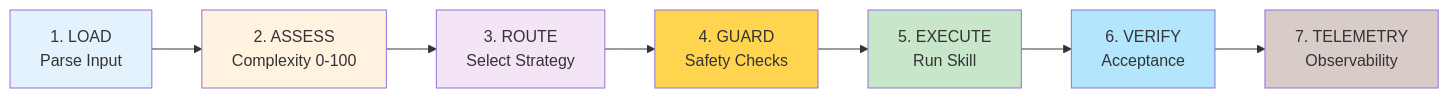
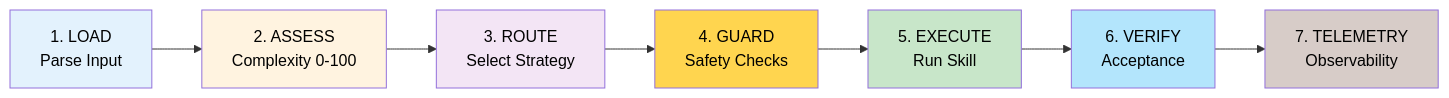
One commit to adolfoaranaes12/BMAD-ENHANCED changed the third of 8 diagrams in docs/USER-GUIDE.md. Above: the diagram before and after it, drawn with Mermaid. The commit also changed other lines of this file and 11 other files, not shown here.

````diff
--- a/docs/USER-GUIDE.md
+++ b/docs/USER-GUIDE.md
@@ -289,17 +289,17 @@
 ```mermaid
 graph LR
     A[1. LOAD<br/>Parse Input] --> B[2. ASSESS<br/>Complexity 0-100]
     B --> C[3. ROUTE<br/>Select Strategy]
     C --> D[4. GUARD<br/>Safety Checks]
     D --> E[5. EXECUTE<br/>Run Skill]
     E --> F[6. VERIFY<br/>Acceptance]
     F --> G[7. TELEMETRY<br/>Observability]
 
-    style A fill:#e3f2fd
-    style B fill:#fff3e0
-    style C fill:#f3e5f5
-    style D fill:#ffd54f
-    style E fill:#c8e6c9
-    style F fill:#b3e5fc
-    style G fill:#d7ccc8
+    style A fill:#e3f2fd,color:#000
+    style B fill:#fff3e0,color:#000
+    style C fill:#f3e5f5,color:#000
+    style D fill:#ffd54f,color:#000
+    style E fill:#c8e6c9,color:#000
+    style F fill:#b3e5fc,color:#000
+    style G fill:#d7ccc8,color:#000
 ```
````
